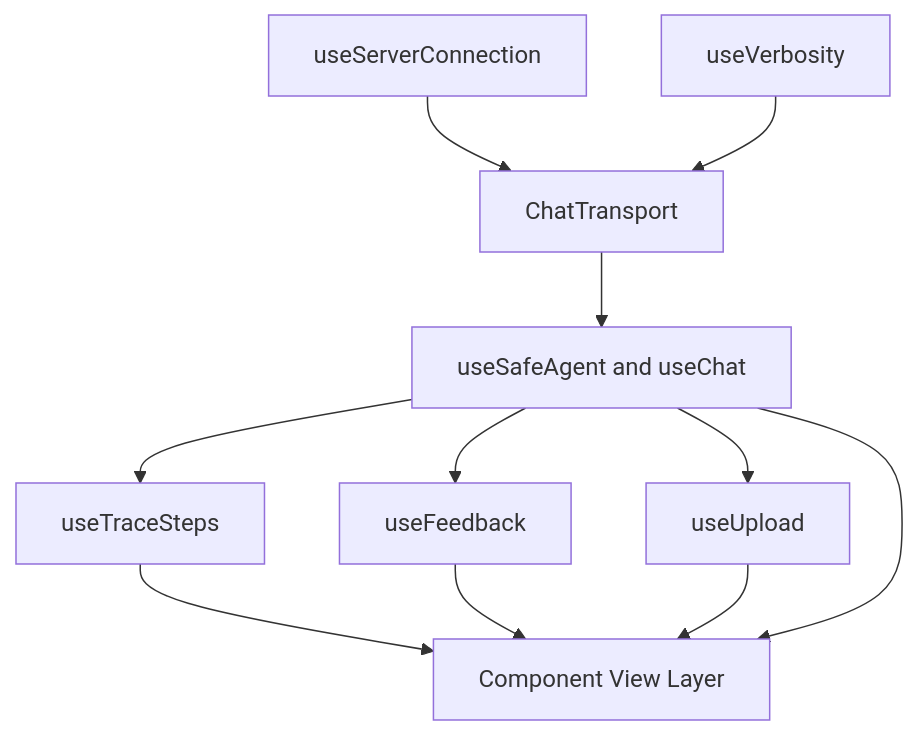
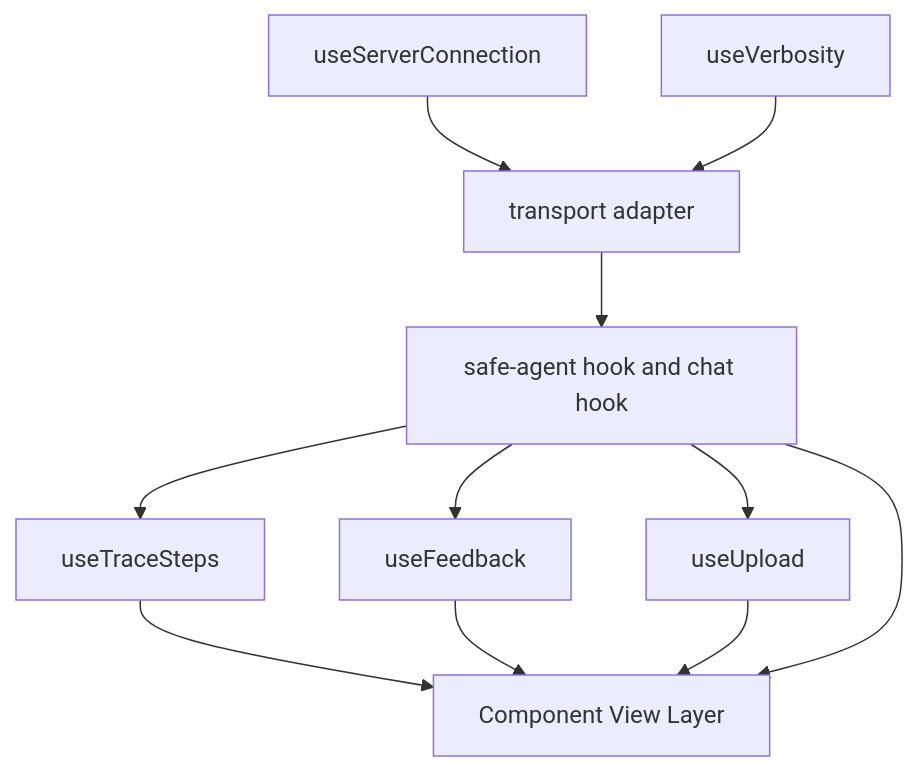
One commit to 1qh/safeagent changed the eighth of 18 diagrams in plan/18-frontend-sdk.md. Above: the diagram before and after it, drawn with Mermaid. The commit also changed other lines of this file and 18 other files, not shown here.

````diff
--- a/plan/18-frontend-sdk.md
+++ b/plan/18-frontend-sdk.md
@@ -274,22 +274,22 @@
 ```mermaid
 flowchart TD
     CONNECTION_STATE[useServerConnection]
     VERBOSITY_STATE[useVerbosity]
-    TRANSPORT_STATE[ChatTransport]
-    CHAT_STATE[useSafeAgent and useChat]
+    TRANSPORT_STATE[transport adapter]
+    CHAT_STATE[safe-agent hook and chat hook]
     TRACE_STATE[useTraceSteps]
     FEEDBACK_STATE[useFeedback]
     UPLOAD_STATE[useUpload]
     VIEW_LAYER[Component View Layer]
 
     CONNECTION_STATE --> TRANSPORT_STATE
     VERBOSITY_STATE --> TRANSPORT_STATE
     TRANSPORT_STATE --> CHAT_STATE
     CHAT_STATE --> TRACE_STATE
     CHAT_STATE --> FEEDBACK_STATE
     CHAT_STATE --> UPLOAD_STATE
     TRACE_STATE --> VIEW_LAYER
     FEEDBACK_STATE --> VIEW_LAYER
     UPLOAD_STATE --> VIEW_LAYER
     CHAT_STATE --> VIEW_LAYER
 ```
````
